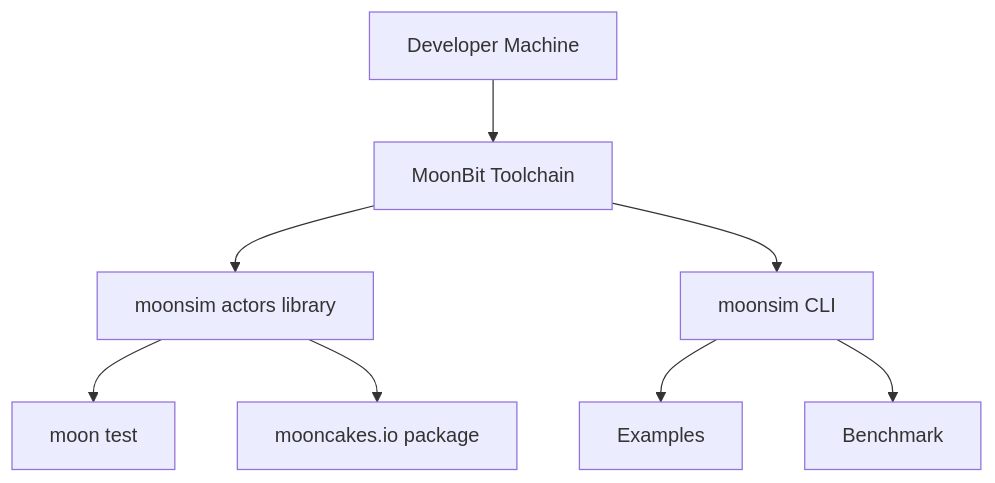
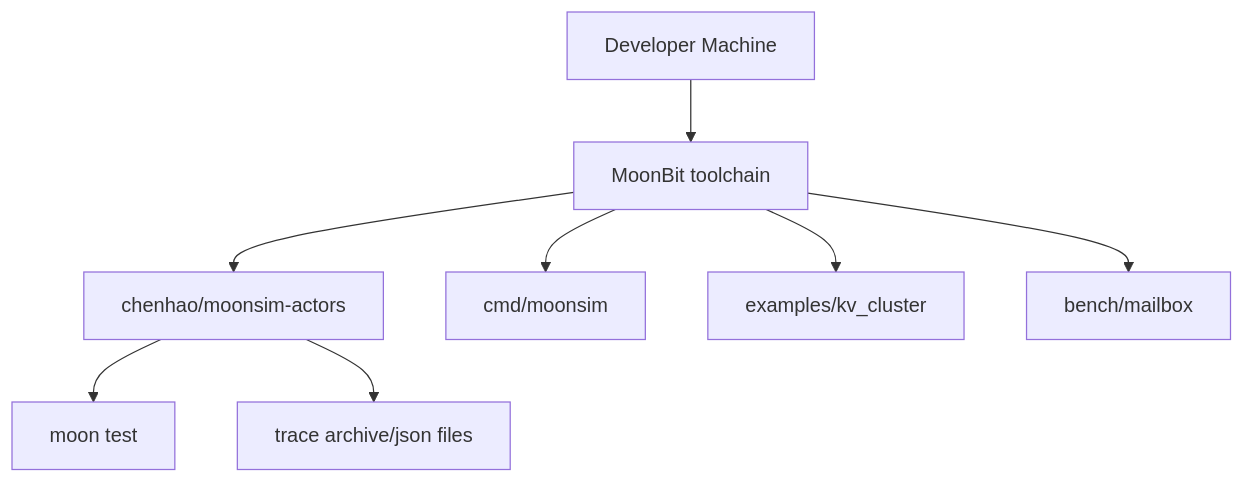
The diagram in docs/physical-view.md (chenh735/MoonSim-Actors), drawn with Mermaid before and after one commit. The commit also changed other lines of this file and 25 other files, not shown here.

````diff
--- a/docs/physical-view.md
+++ b/docs/physical-view.md
@@ -7,10 +7,10 @@
 ```mermaid
 flowchart TD
-    Dev["Developer Machine"] --> Moon["MoonBit Toolchain"]
-    Moon --> Lib["moonsim actors library"]
-    Moon --> CLI["moonsim CLI"]
-    CLI --> Examples["Examples"]
-    CLI --> Bench["Benchmark"]
-    Lib --> Tests["moon test"]
-    Lib --> Mooncakes["mooncakes.io package"]
+    Dev["Developer Machine"] --> Moon["MoonBit toolchain"]
+    Moon --> Library["chenhao/moonsim-actors"]
+    Moon --> CLI["cmd/moonsim"]
+    Moon --> Example["examples/kv_cluster"]
+    Moon --> Bench["bench/mailbox"]
+    Library --> Tests["moon test"]
+    Library --> TraceFile["trace archive/json files"]
 ```
````
